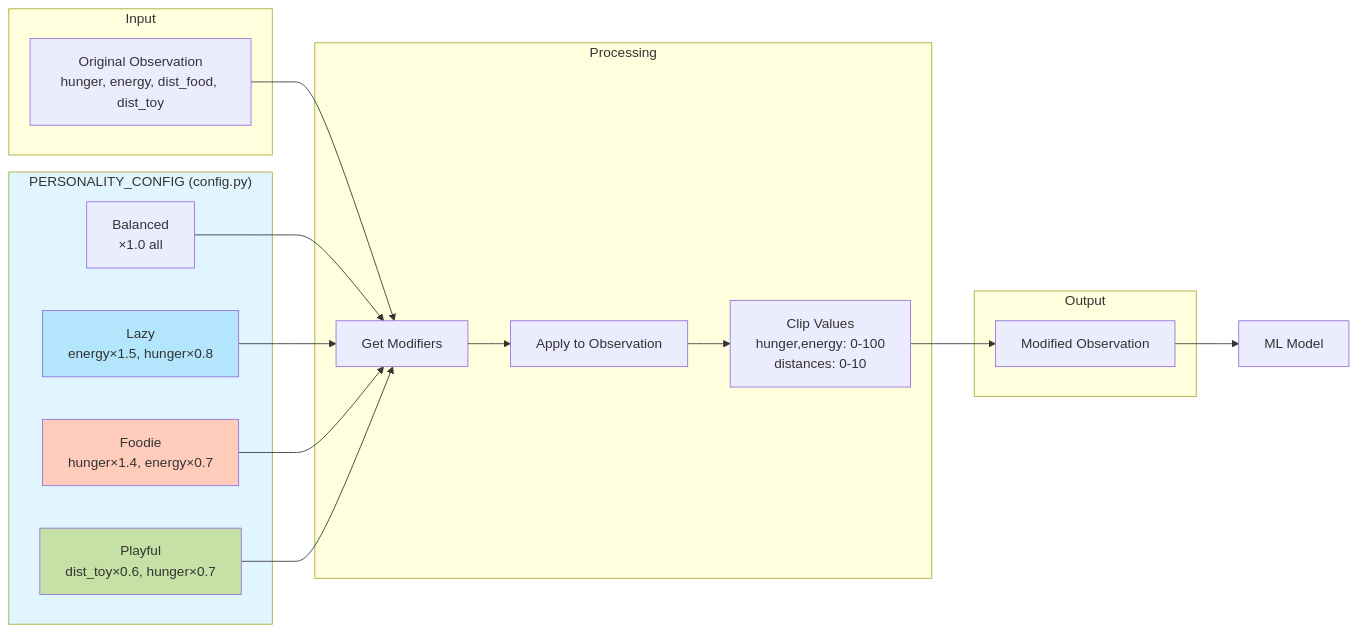
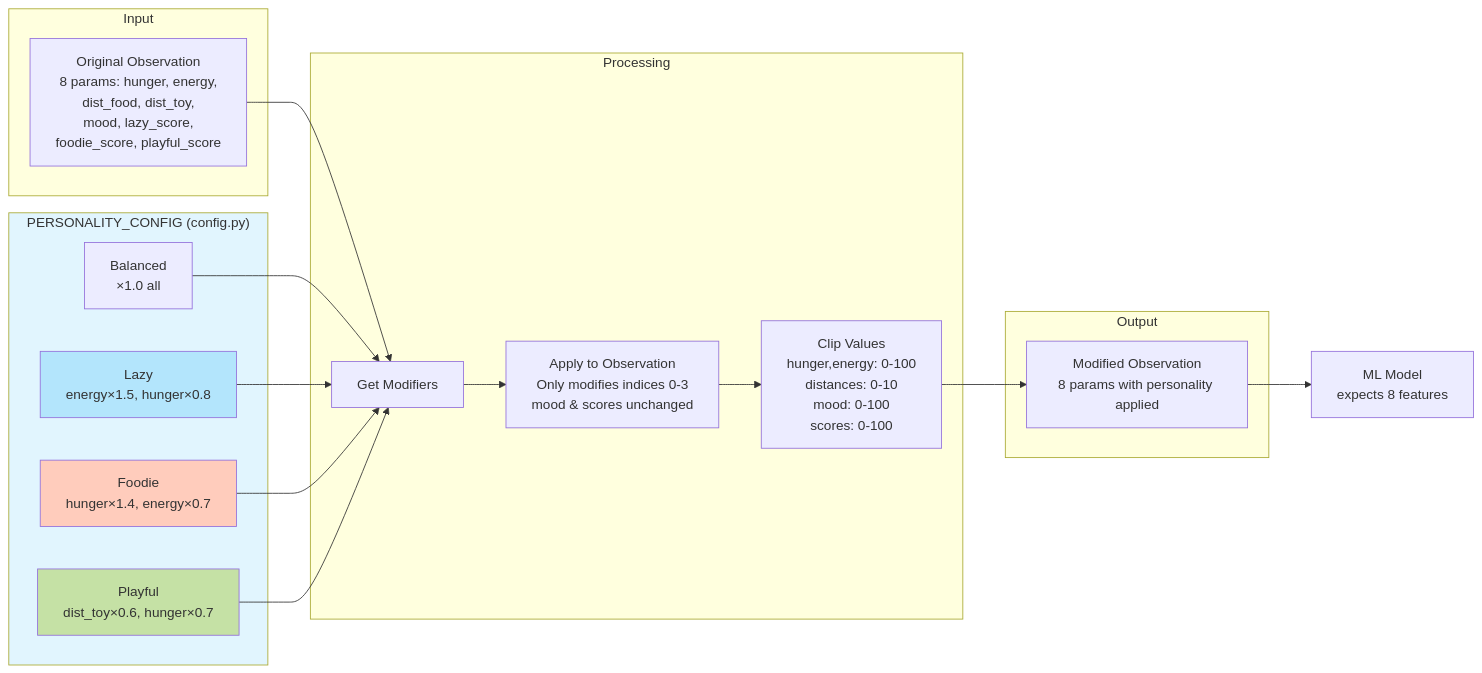
Before and after one commit to tantaneity/cat-brain-service: the fourth of 7 diagrams in README.md, drawn with Mermaid. The commit also changed other lines of this file, not shown here.

Commit message:
docs: update diagrams to reflect ActionHistory integration and 8-param observations
- Add ActionHistory connection in System diagram (PREDICTOR → ACTION_HISTORY)
- Update Personality System to show 8-parameter observation space
- Document that PersonalityModifier only modifies indices 0-3 (mood & scores unchanged)
- Show that ML model expects 8 features in observation

````diff
--- a/README.md
+++ b/README.md
@@ -144,32 +145,32 @@
 ```mermaid
 graph LR
     subgraph Input
-        OBS[Original Observation<br/>hunger, energy, dist_food, dist_toy]
+        OBS[Original Observation<br/>8 params: hunger, energy,<br/>dist_food, dist_toy,<br/>mood, lazy_score,<br/>foodie_score, playful_score]
     end
     
     subgraph Config["PERSONALITY_CONFIG (config.py)"]
         BALANCED[Balanced<br/>×1.0 all]
         LAZY[Lazy<br/>energy×1.5, hunger×0.8]
         FOODIE[Foodie<br/>hunger×1.4, energy×0.7]
         PLAYFUL[Playful<br/>dist_toy×0.6, hunger×0.7]
     end
     
     subgraph Processing
-        GET[Get Modifiers] --> APPLY[Apply to Observation]
-        APPLY --> CLIP[Clip Values<br/>hunger,energy: 0-100<br/>distances: 0-10]
+        GET[Get Modifiers] --> APPLY[Apply to Observation<br/>Only modifies indices 0-3<br/>mood & scores unchanged]
+        APPLY --> CLIP[Clip Values<br/>hunger,energy: 0-100<br/>distances: 0-10<br/>mood: 0-100<br/>scores: 0-100]
     end
     
     subgraph Output
-        MODIFIED[Modified Observation]
+        MODIFIED[Modified Observation<br/>8 params with personality applied]
     end
     
     OBS --> GET
     BALANCED & LAZY & FOODIE & PLAYFUL --> GET
     CLIP --> MODIFIED
-    MODIFIED --> MODEL[ML Model]
+    MODIFIED --> MODEL[ML Model<br/>expects 8 features]
     
     style Config fill:#e1f5fe
     style LAZY fill:#b3e5fc
     style FOODIE fill:#ffccbc
     style PLAYFUL fill:#c5e1a5
 ```
````
